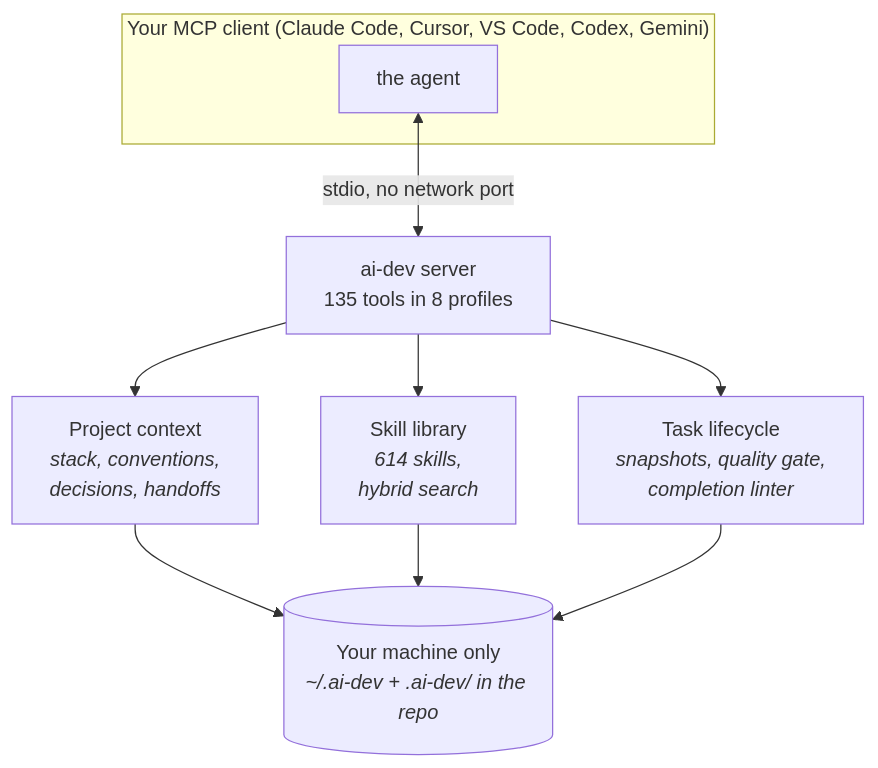
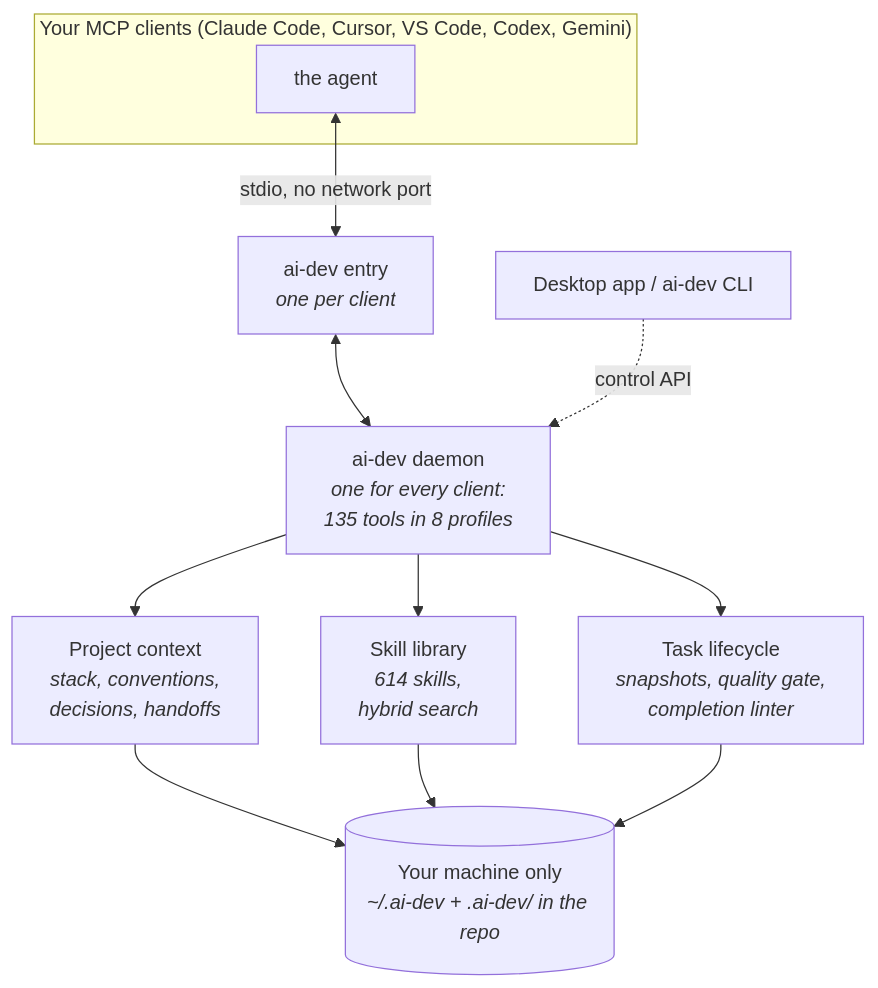
The second of 2 diagrams in README.md (BreezeAreaSay/ai-dev-system), drawn with Mermaid before and after one commit. The commit also changed other lines of this file and 31 other files, not shown here.

````diff
--- a/README.md
+++ b/README.md
@@ -159,11 +224,13 @@
 ```mermaid
 flowchart TB
-    subgraph client["Your MCP client (Claude Code, Cursor, VS Code, Codex, Gemini)"]
+    subgraph client["Your MCP clients (Claude Code, Cursor, VS Code, Codex, Gemini)"]
         agent["the agent"]
     end
-    agent <-->|stdio, no network port| server["ai-dev server<br/>135 tools in 8 profiles"]
-    server --> ctx["Project context<br/><i>stack, conventions,<br/>decisions, handoffs</i>"]
-    server --> skills["Skill library<br/><i>614 skills,<br/>hybrid search</i>"]
-    server --> life["Task lifecycle<br/><i>snapshots, quality gate,<br/>completion linter</i>"]
+    agent <-->|stdio, no network port| entry["ai-dev entry<br/><i>one per client</i>"]
+    entry <--> daemon["ai-dev daemon<br/><i>one for every client:<br/>135 tools in 8 profiles</i>"]
+    app["Desktop app / ai-dev CLI"] -.->|control API| daemon
+    daemon --> ctx["Project context<br/><i>stack, conventions,<br/>decisions, handoffs</i>"]
+    daemon --> skills["Skill library<br/><i>614 skills,<br/>hybrid search</i>"]
+    daemon --> life["Task lifecycle<br/><i>snapshots, quality gate,<br/>completion linter</i>"]
     ctx & skills & life --> disk[("Your machine only<br/><i>~/.ai-dev + .ai-dev/ in the repo</i>")]
 ```
````
